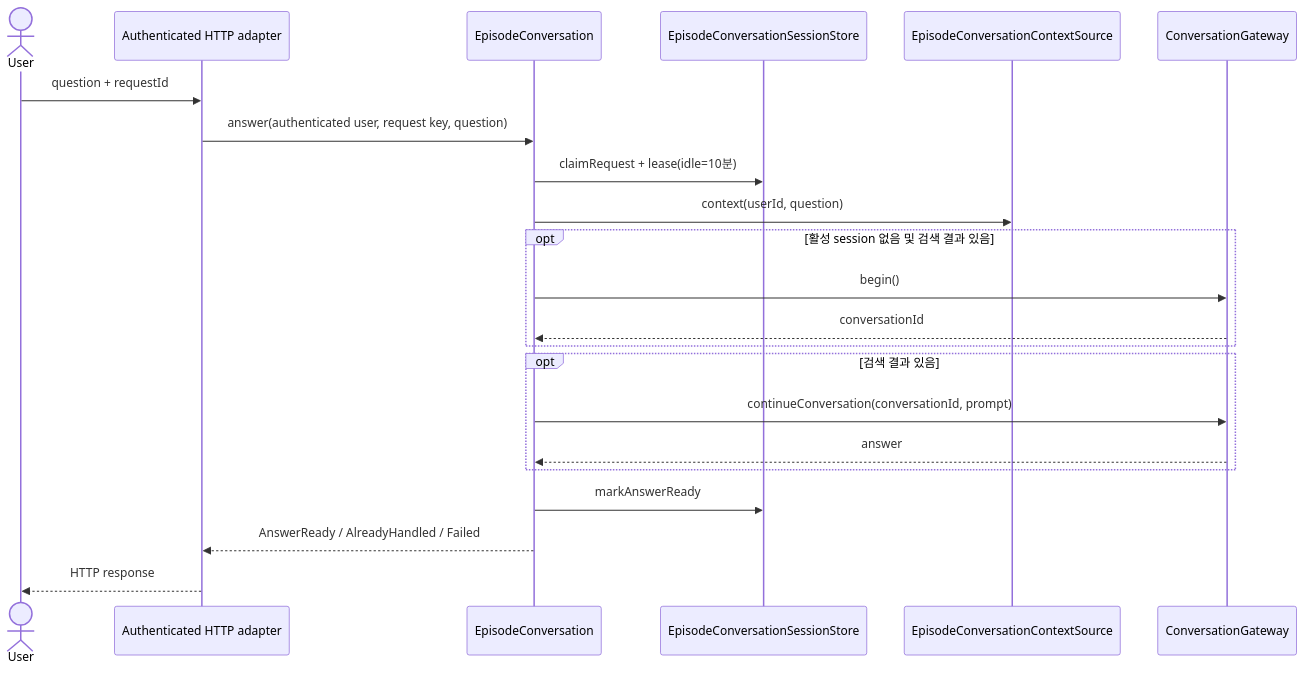
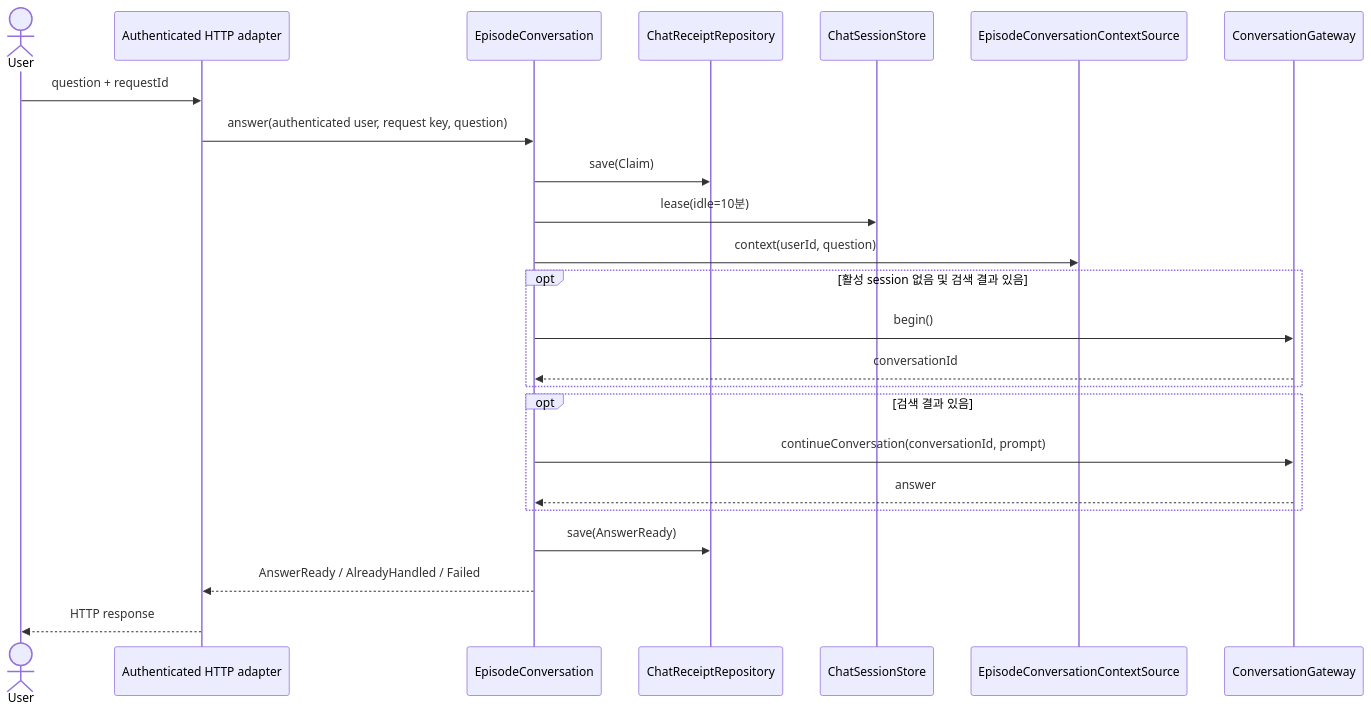
The second of 2 diagrams in application/src/main/kotlin/com/homeassistant/application/usecase/README.md (magenta1223/home_assistant), drawn with Mermaid before and after one commit. The commit also changed 13 other files, not shown here.

Commit message:
refactor: Split chat request receipts out of ChatSessionStore into ChatReceiptRepository

````diff
--- a/application/src/main/kotlin/com/homeassistant/application/usecase/README.md
+++ b/application/src/main/kotlin/com/homeassistant/application/usecase/README.md
@@ -55,25 +55,27 @@
 ```mermaid
 sequenceDiagram
     actor User
     participant HTTP as Authenticated HTTP adapter
     participant Conversation as EpisodeConversation
-    participant Sessions as EpisodeConversationSessionStore
+    participant Receipts as ChatReceiptRepository
+    participant Sessions as ChatSessionStore
     participant Context as EpisodeConversationContextSource
     participant Gateway as ConversationGateway
 
     User->>HTTP: question + requestId
     HTTP->>Conversation: answer(authenticated user, request key, question)
-    Conversation->>Sessions: claimRequest + lease(idle=10분)
+    Conversation->>Receipts: save(Claim)
+    Conversation->>Sessions: lease(idle=10분)
     Conversation->>Context: context(userId, question)
     opt 활성 session 없음 및 검색 결과 있음
         Conversation->>Gateway: begin()
         Gateway-->>Conversation: conversationId
     end
     opt 검색 결과 있음
         Conversation->>Gateway: continueConversation(conversationId, prompt)
         Gateway-->>Conversation: answer
     end
-    Conversation->>Sessions: markAnswerReady
+    Conversation->>Receipts: save(AnswerReady)
     Conversation-->>HTTP: AnswerReady / AlreadyHandled / Failed
     HTTP-->>User: HTTP response
 ```
````
